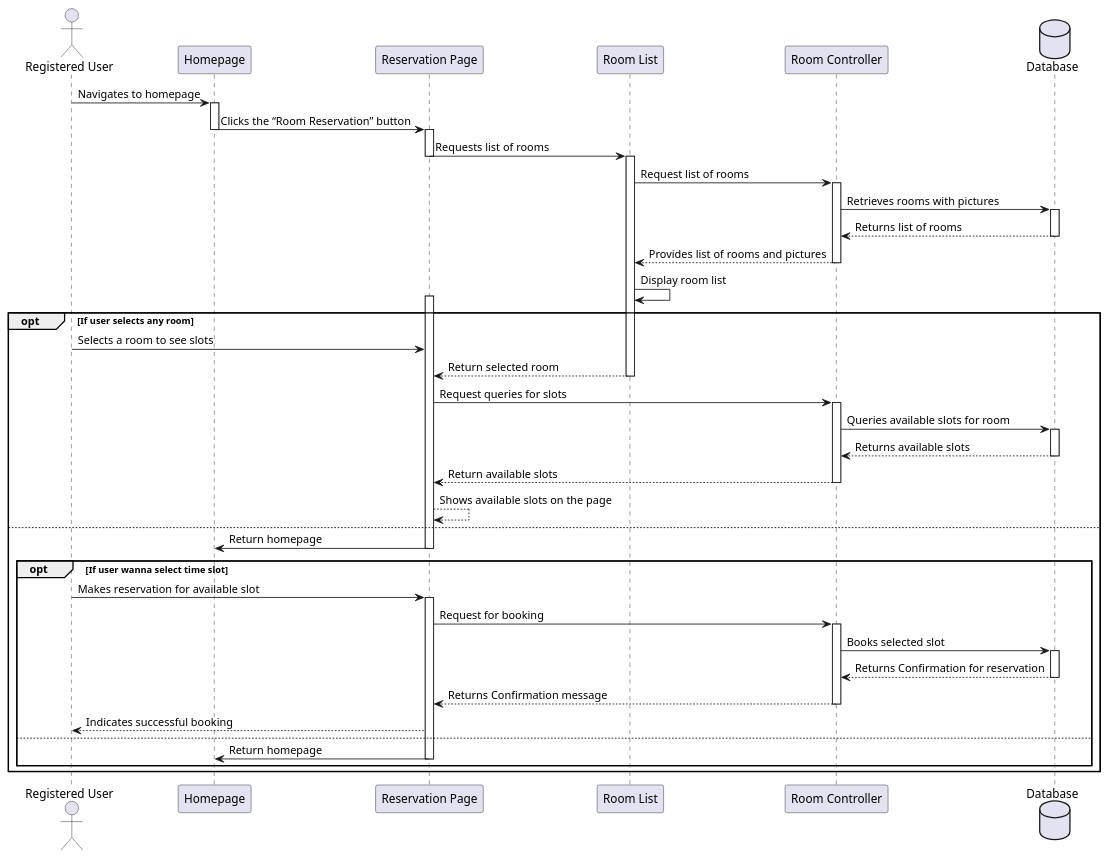
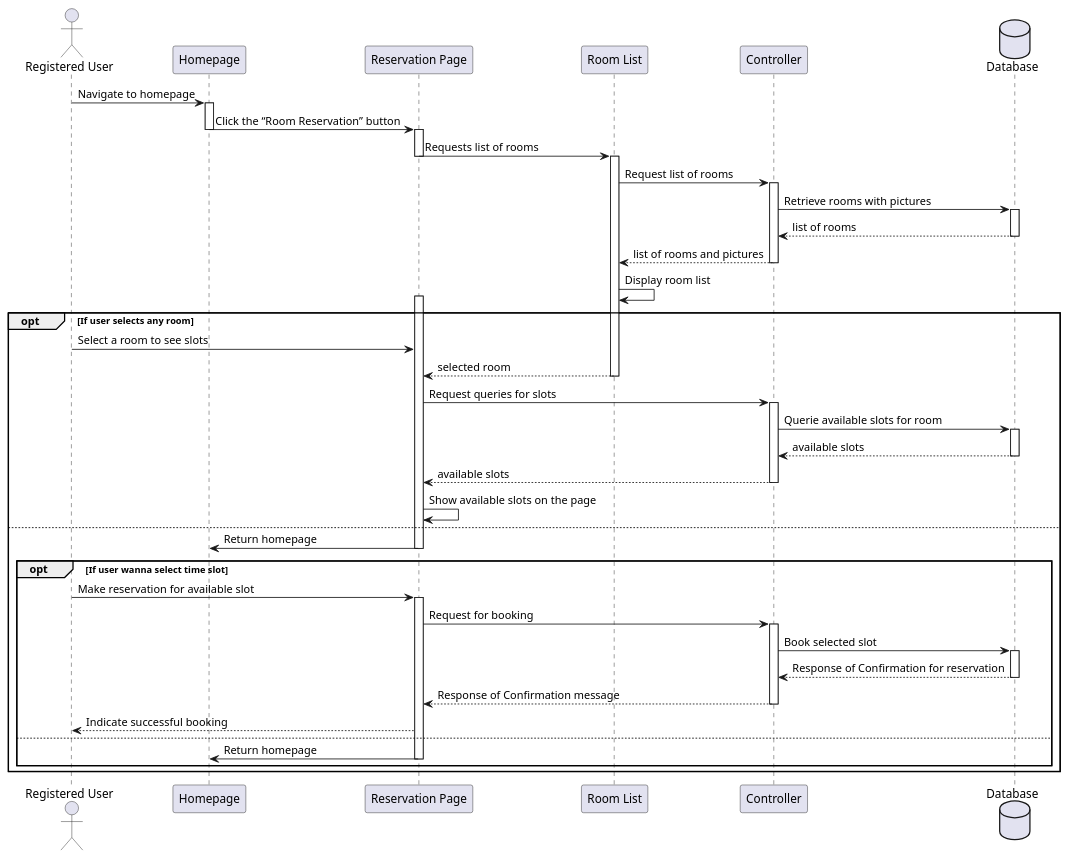
One commit to bartucank/mlm changed the diagram in docs/umlDiagrams/Sequence Diagrams/CheckRooms.puml. Above: the diagram before and after it, drawn with PlantUML. The commit also changed 35 other files, not shown here.

Commit message:
Room Services + UML Diagrams

```diff
--- a/docs/umlDiagrams/Sequence Diagrams/CheckRooms.puml
+++ b/docs/umlDiagrams/Sequence Diagrams/CheckRooms.puml
@@ -1,66 +1,66 @@
 @startuml
 actor "Registered User" as User
 participant "Homepage" as Home
 participant "Reservation Page" as Reservation
 participant "Room List" as List
-participant "Room Controller" as Controller
+participant "Controller" as Controller
 database "Database" as DB
 
-User -> Home: Navigates to homepage
+User -> Home: Navigate to homepage
 activate Home
 
-Home -> Reservation: Clicks the “Room Reservation” button
+Home -> Reservation: Click the “Room Reservation” button
 deactivate Home
 activate Reservation
 
 Reservation -> List: Requests list of rooms
 deactivate Reservation
 activate List
 List -> Controller: Request list of rooms
 activate Controller
 
-Controller -> DB: Retrieves rooms with pictures
+Controller -> DB: Retrieve rooms with pictures
 activate DB
-DB --> Controller: Returns list of rooms
+DB --> Controller:  list of rooms
 deactivate DB
 
-Controller --> List: Provides list of rooms and pictures
+Controller --> List:  list of rooms and pictures
 deactivate Controller
 List -> List: Display room list
 
 opt If user selects any room
     activate Reservation
-    User -> Reservation: Selects a room to see slots
-    List --> Reservation: Return selected room
+    User -> Reservation: Select a room to see slots
+    List --> Reservation:  selected room
     deactivate List
     Reservation -> Controller: Request queries for slots
     activate Controller
-    Controller -> DB: Queries available slots for room
+    Controller -> DB: Querie available slots for room
     activate DB
-    DB --> Controller: Returns available slots
+    DB --> Controller:  available slots
     deactivate DB
-    Controller --> Reservation: Return available slots
+    Controller --> Reservation:  available slots
     deactivate Controller
-    Reservation --> Reservation: Shows available slots on the page
+    Reservation -> Reservation: Show available slots on the page
 else
     Reservation -> Home: Return homepage
     deactivate Reservation
 
     opt If user wanna select time slot
-        User -> Reservation: Makes reservation for available slot
+        User -> Reservation: Make reservation for available slot
         activate Reservation
         Reservation -> Controller: Request for booking
         activate Controller
-        Controller -> DB: Books selected slot
+        Controller -> DB: Book selected slot
         activate DB
-        DB --> Controller: Returns Confirmation for reservation
+        DB --> Controller: Response of Confirmation for reservation
         deactivate DB
-        Controller --> Reservation: Returns Confirmation message
+        Controller --> Reservation: Response of Confirmation message
         deactivate Controller
-        Reservation --> User: Indicates successful booking
+        Reservation --> User: Indicate successful booking
     else
         Reservation -> Home: Return homepage
         deactivate Reservation
     end
 end
 @enduml
```
